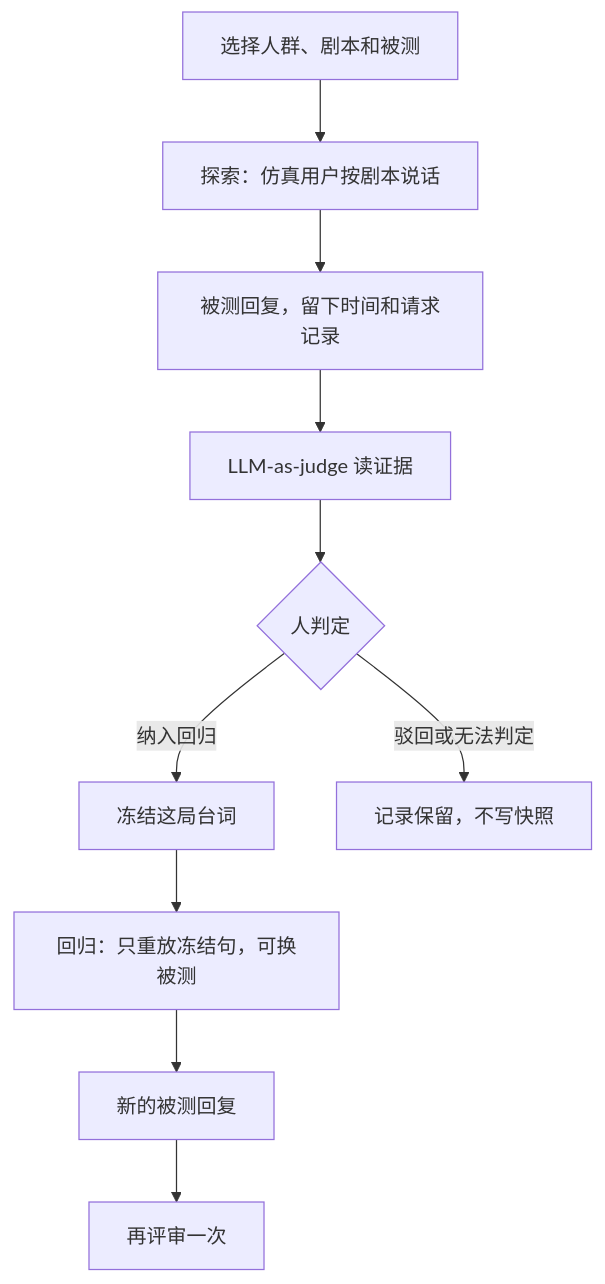
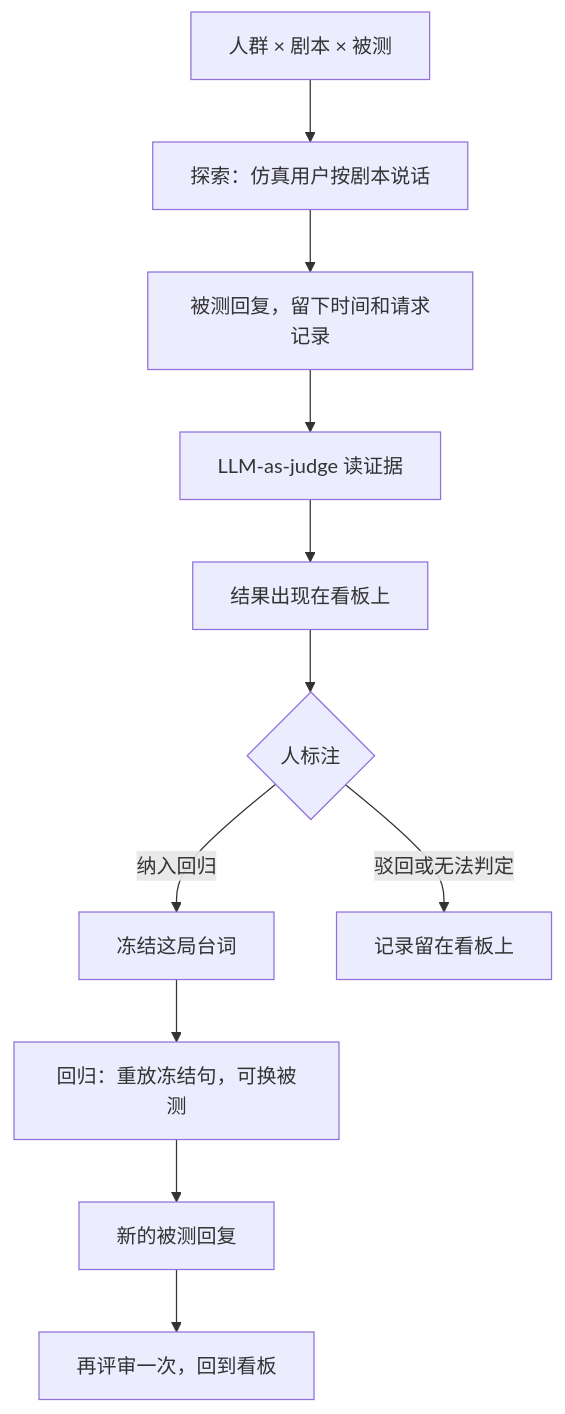
Before and after one commit to snowshadow/companionsim: the second of 2 diagrams in README.md, drawn with Mermaid. The commit also changed other lines of this file and 2 other files, not shown here.

````diff
--- a/README.md
+++ b/README.md
@@ -31,12 +48,13 @@
 ```mermaid
 flowchart TD
-  pick[选择人群、剧本和被测] --> hunt[探索：仿真用户按剧本说话]
+  pick[人群 × 剧本 × 被测] --> hunt[探索：仿真用户按剧本说话]
   hunt --> reply[被测回复，留下时间和请求记录]
   reply --> judge[LLM-as-judge 读证据]
-  judge --> human{人判定}
+  judge --> board[结果出现在看板上]
+  board --> human{人标注}
   human -->|纳入回归| snap[冻结这局台词]
-  human -->|驳回或无法判定| keep[记录保留，不写快照]
-  snap --> replay[回归：只重放冻结句，可换被测]
+  human -->|驳回或无法判定| keep[记录留在看板上]
+  snap --> replay[回归：重放冻结句，可换被测]
   replay --> reply2[新的被测回复]
-  reply2 --> judge2[再评审一次]
+  reply2 --> judge2[再评审一次，回到看板]
 ```
````
